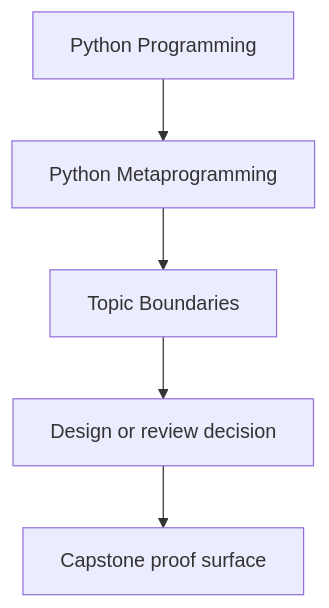
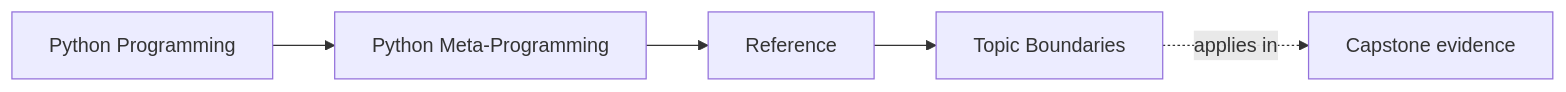
One commit to bijux/bijux-masterclass changed the first of 2 diagrams in programs/python-programming/python-meta-programming/course-book/reference/topic-boundaries.md. Above: the diagram before and after it, drawn with Mermaid. The commit also changed other lines of this file and 91 other files, not shown here.

Commit message:
docs(python-meta-programming): map advanced runtime and capstone surfaces

````diff
--- a/programs/python-programming/python-meta-programming/course-book/reference/topic-boundaries.md
+++ b/programs/python-programming/python-meta-programming/course-book/reference/topic-boundaries.md
@@ -6,7 +6,11 @@
 ```mermaid
-flowchart TD
-  family["Python Programming"] --> program["Python Metaprogramming"]
-  program --> reference["Topic Boundaries"]
-  reference --> review["Design or review decision"]
-  review --> capstone["Capstone proof surface"]
+graph LR
+  family["Python Programming"]
+  program["Python Meta-Programming"]
+  section["Reference"]
+  page["Topic Boundaries"]
+  capstone["Capstone evidence"]
+
+  family --> program --> section --> page
+  page -.applies in.-> capstone
 ```
````
